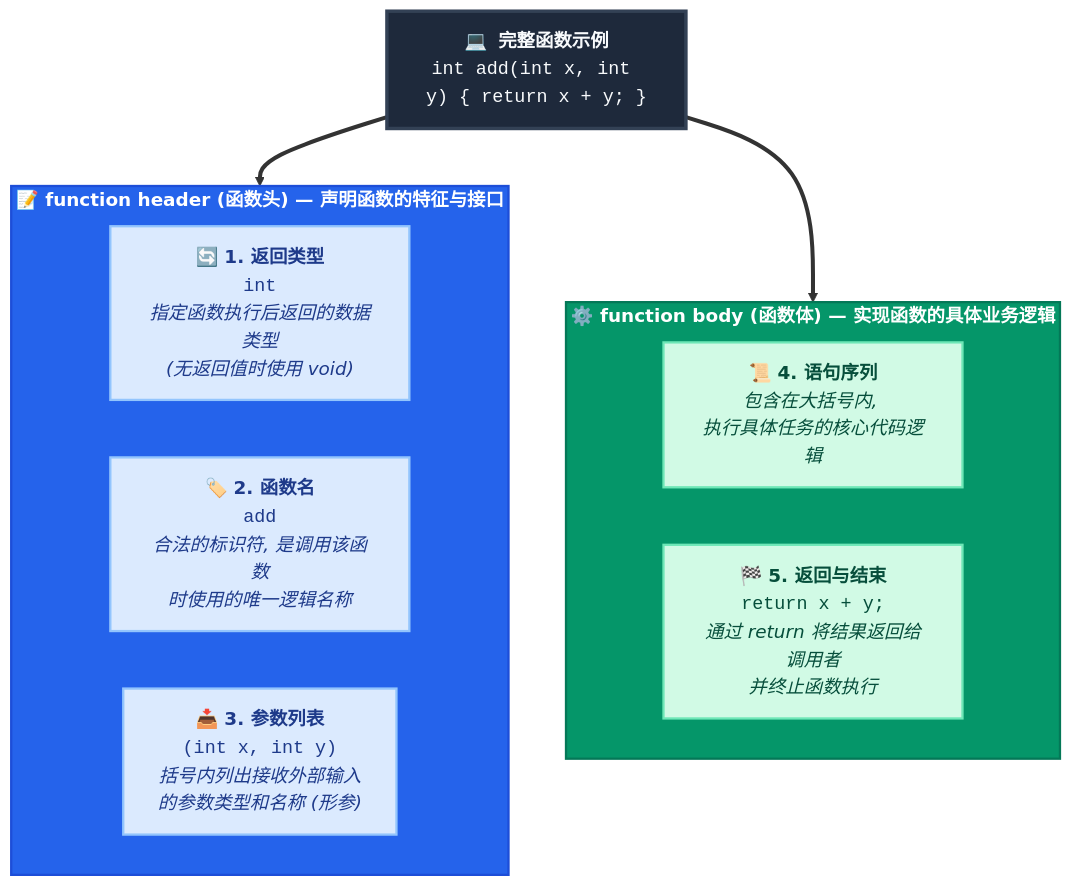
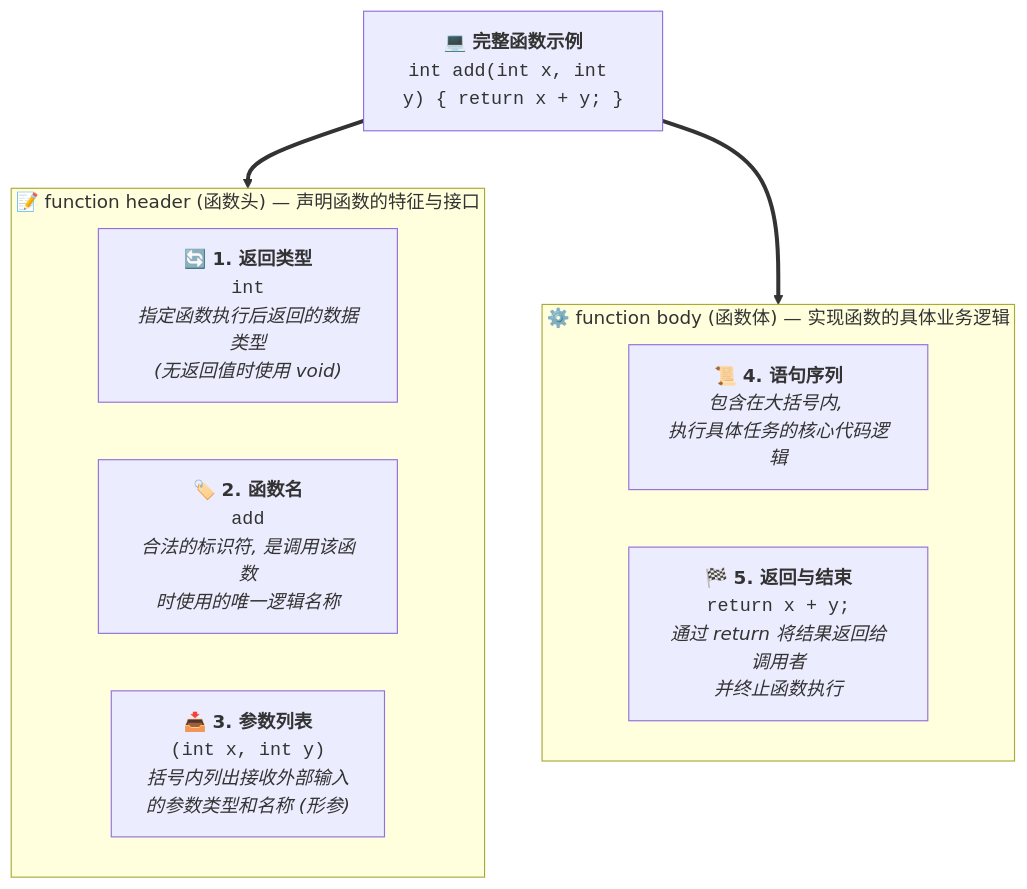
The first of 4 diagrams in _posts/c_c++/2024-12-23-function.md (dmjcb/dmjcb.github.io), drawn with Mermaid before and after one commit. The commit also changed other lines of this file and 7 other files, not shown here.

````diff
--- a/_posts/c_c++/2024-12-23-function.md
+++ b/_posts/c_c++/2024-12-23-function.md
@@ -38,40 +38,24 @@
 ```mermaid
 flowchart TD
-    %% 样式定义 (兼容 Mermaid v11.4.0)
-    classDef codeBlock fill:#1e293b,stroke:#334155,stroke-width:3px,color:#f8fafc,font-family:monospace,font-size:16px;
-
-    classDef headerMain fill:#2563eb,stroke:#1d4ed8,stroke-width:2px,color:#ffffff,font-weight:bold,font-size:16px;
-    classDef bodyMain fill:#059669,stroke:#047857,stroke-width:2px,color:#ffffff,font-weight:bold,font-size:16px;
-
-    classDef headerSub fill:#dbeafe,stroke:#93c5fd,stroke-width:2px,color:#1e3a8a;
-    classDef bodySub fill:#d1fae5,stroke:#6ee7b7,stroke-width:2px,color:#064e3b;
-
     %% 顶部代码示例
     Code["💻 <b>完整函数示例</b><br><code>int add(int x, int y) { return x + y; }</code>"]
 
     %% 函数头部分
     subgraph Header ["📝 function header (函数头) — 声明函数的特征与接口"]
         direction LR
         H1["🔄 <b>1. 返回类型</b><br><code>int</code><br><i>指定函数执行后返回的数据类型<br>(无返回值时使用 void)</i>"]
         H2["🏷️ <b>2. 函数名</b><br><code>add</code><br><i>合法的标识符, 是调用该函数<br>时使用的唯一逻辑名称</i>"]
         H3["📥 <b>3. 参数列表</b><br><code>(int x, int y)</code><br><i>括号内列出接收外部输入<br>的参数类型和名称 (形参)</i>"]
     end
 
     %% 函数体部分
     subgraph Body ["⚙️ function body (函数体) — 实现函数的具体业务逻辑"]
         direction LR
         B1["📜 <b>4. 语句序列</b><br><i>包含在大括号内, <br>执行具体任务的核心代码逻辑</i>"]
         B2["🏁 <b>5. 返回与结束</b><br><code>return x + y;</code><br><i>通过 return 将结果返回给调用者<br>并终止函数执行</i>"]
     end
 
     %% 连线关系
     Code ==> Header
     Code ==> Body
-
-    %% 应用样式
-    class Code codeBlock;
-    class Header headerMain;
-    class Body bodyMain;
-    class H1,H2,H3 headerSub;
-    class B1,B2 bodySub;
 ```
````
